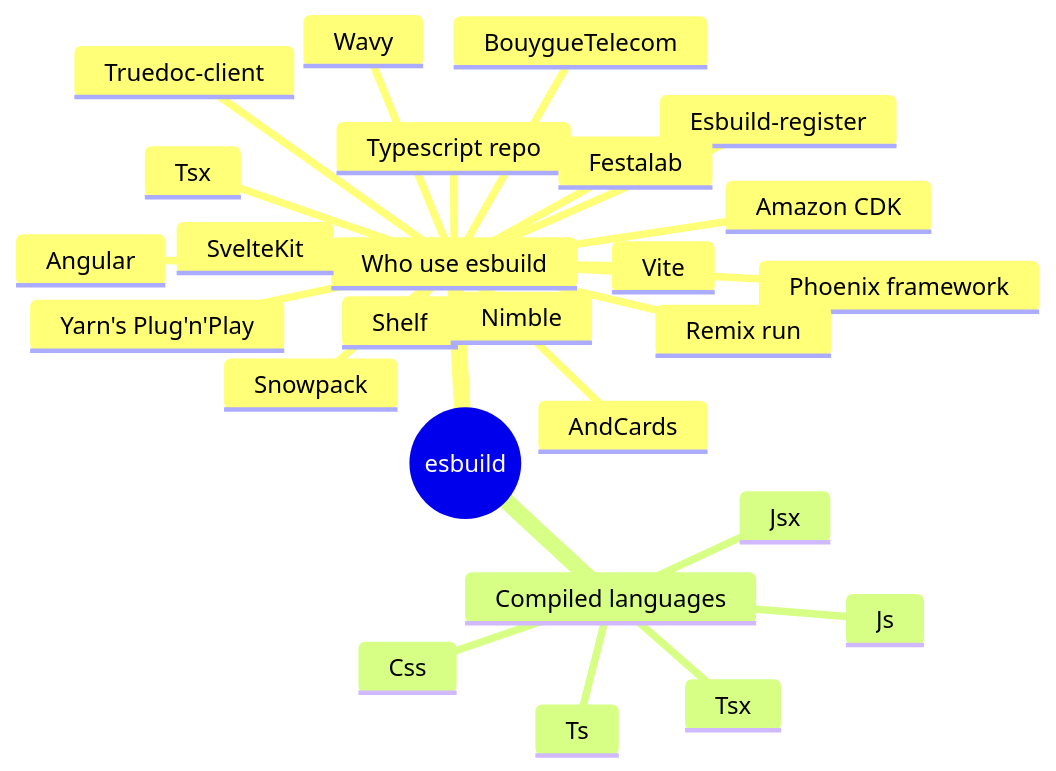
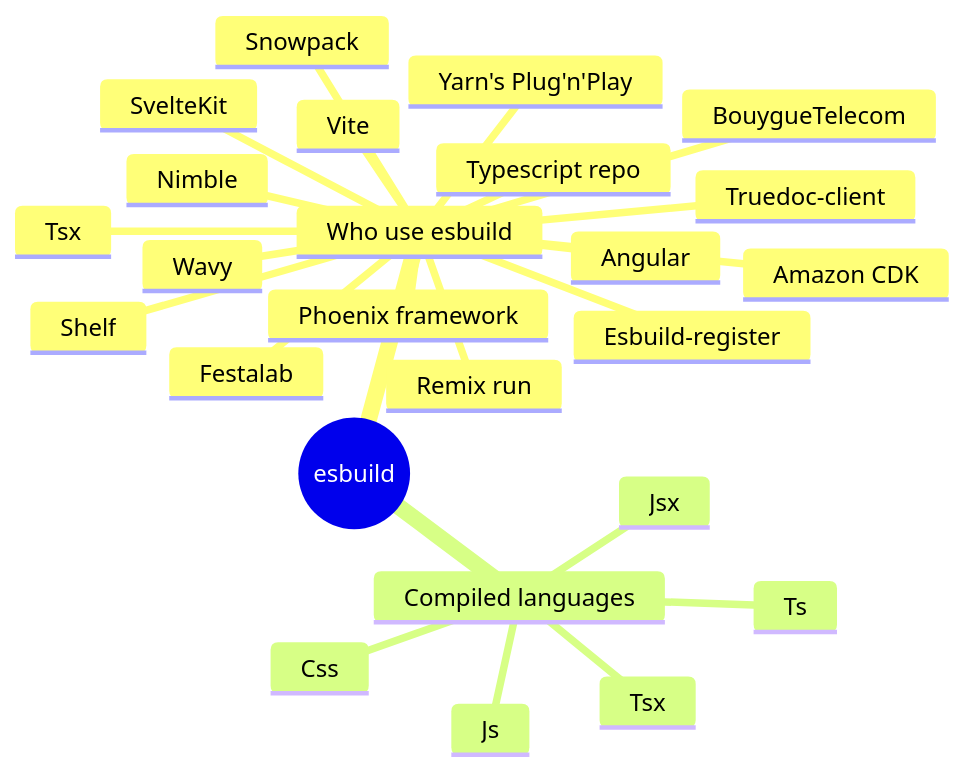
Before and after one commit to tduyng/esbuild-presentation: the diagram in docs/esbuild-slidev.md, drawn with Mermaid. The commit also changed other lines of this file and 6 other files, not shown here.

````diff
--- a/docs/esbuild-slidev.md
+++ b/docs/esbuild-slidev.md
@@ -94,29 +110,28 @@
 ```mermaid
 mindmap
   root((esbuild))
     Who use esbuild
       Angular
       Typescript repo
       Vite
       Snowpack
       Amazon CDK
       Phoenix framework
       Remix run
       SvelteKit
       Yarn's Plug'n'Play
       Tsx
       Esbuild-register
       Truedoc-client
       Shelf
       Festalab
       BouygueTelecom
-      AndCards
       Wavy
       Nimble
     Compiled languages
       Js
       Ts
       Jsx
       Tsx
       Css
 ```
````
